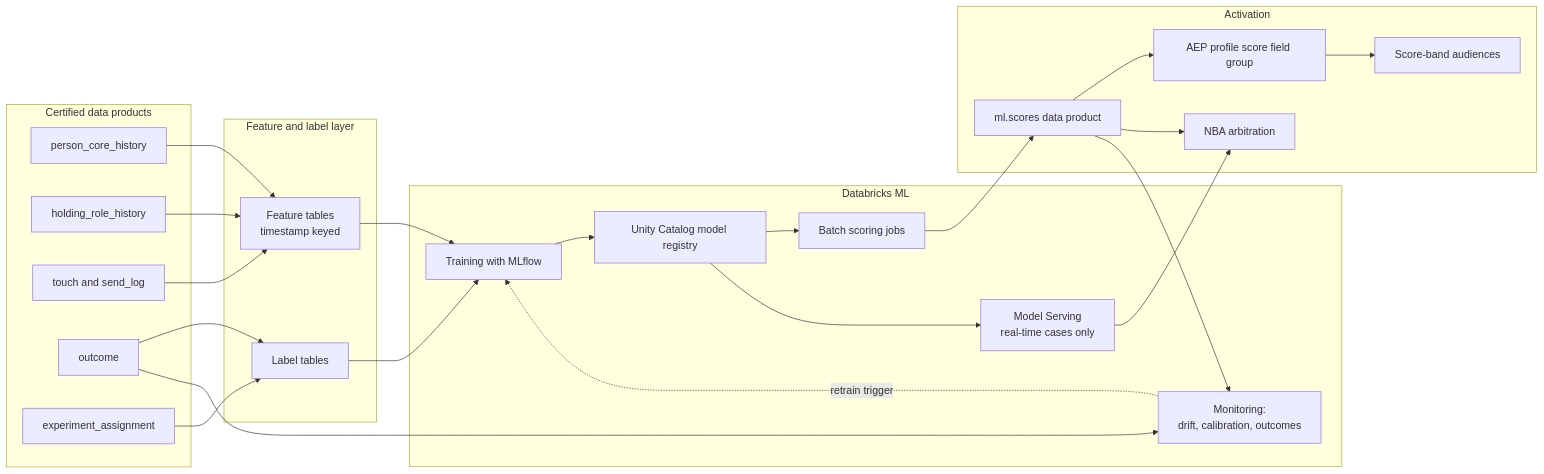
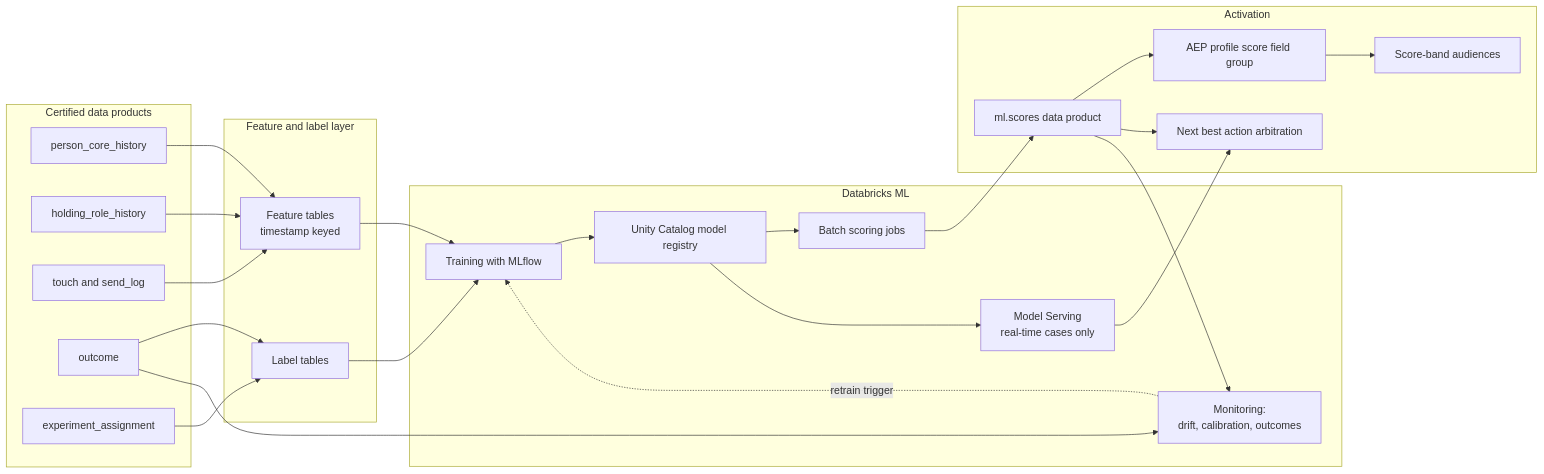
The diagram in SpecRepo/activation/05_ML.md (brandon-benge/example-data-pipeline-w-ml), drawn with Mermaid before and after one commit. The commit also changed other lines of this file and 11 other files, not shown here.

````diff
--- a/SpecRepo/activation/05_ML.md
+++ b/SpecRepo/activation/05_ML.md
@@ -81,42 +81,42 @@
 ```mermaid
 flowchart LR
     subgraph DP[Certified data products]
         PC[person_core_history]
         HR[holding_role_history]
         TO[touch and send_log]
         OU[outcome]
         EX[experiment_assignment]
     end
     subgraph FE[Feature and label layer]
         FT[Feature tables<br/>timestamp keyed]
         LB[Label tables]
     end
     subgraph MLX[Databricks ML]
         TR[Training with MLflow]
         REG[Unity Catalog model registry]
         BS[Batch scoring jobs]
         MS[Model Serving<br/>real-time cases only]
         MON[Monitoring:<br/>drift, calibration, outcomes]
     end
     subgraph ACT[Activation]
         SC[ml.scores data product]
         AEP[AEP profile score field group]
         SEG[Score-band audiences]
-        NBA[NBA arbitration]
+        NBA[Next best action arbitration]
     end
     PC --> FT
     HR --> FT
     TO --> FT
     OU --> LB
     EX --> LB
     FT --> TR
     LB --> TR
     TR --> REG --> BS --> SC
     REG --> MS
     SC --> AEP --> SEG
     SC --> NBA
     MS --> NBA
     SC --> MON
     OU --> MON
     MON -. retrain trigger .-> TR
 ```
````
